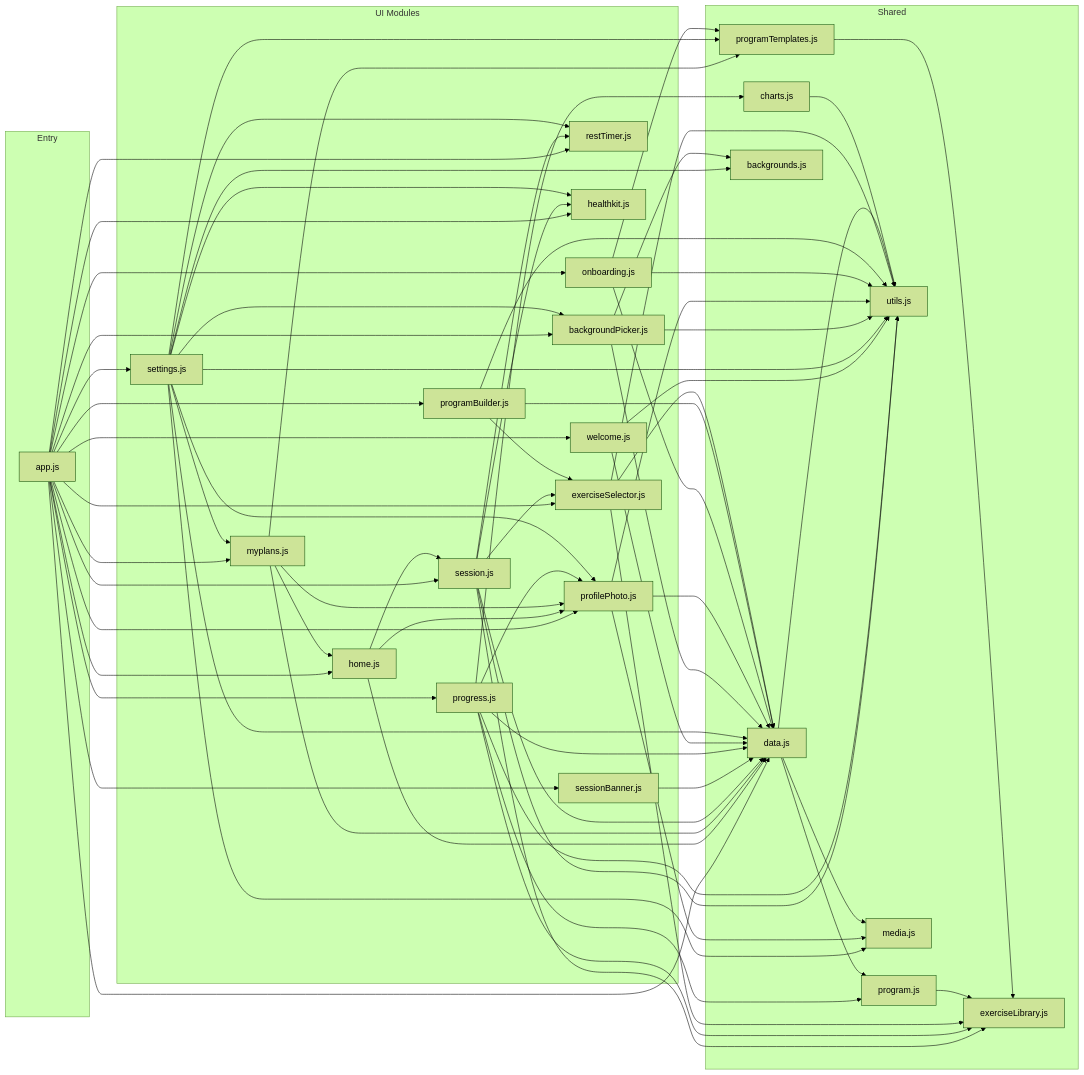
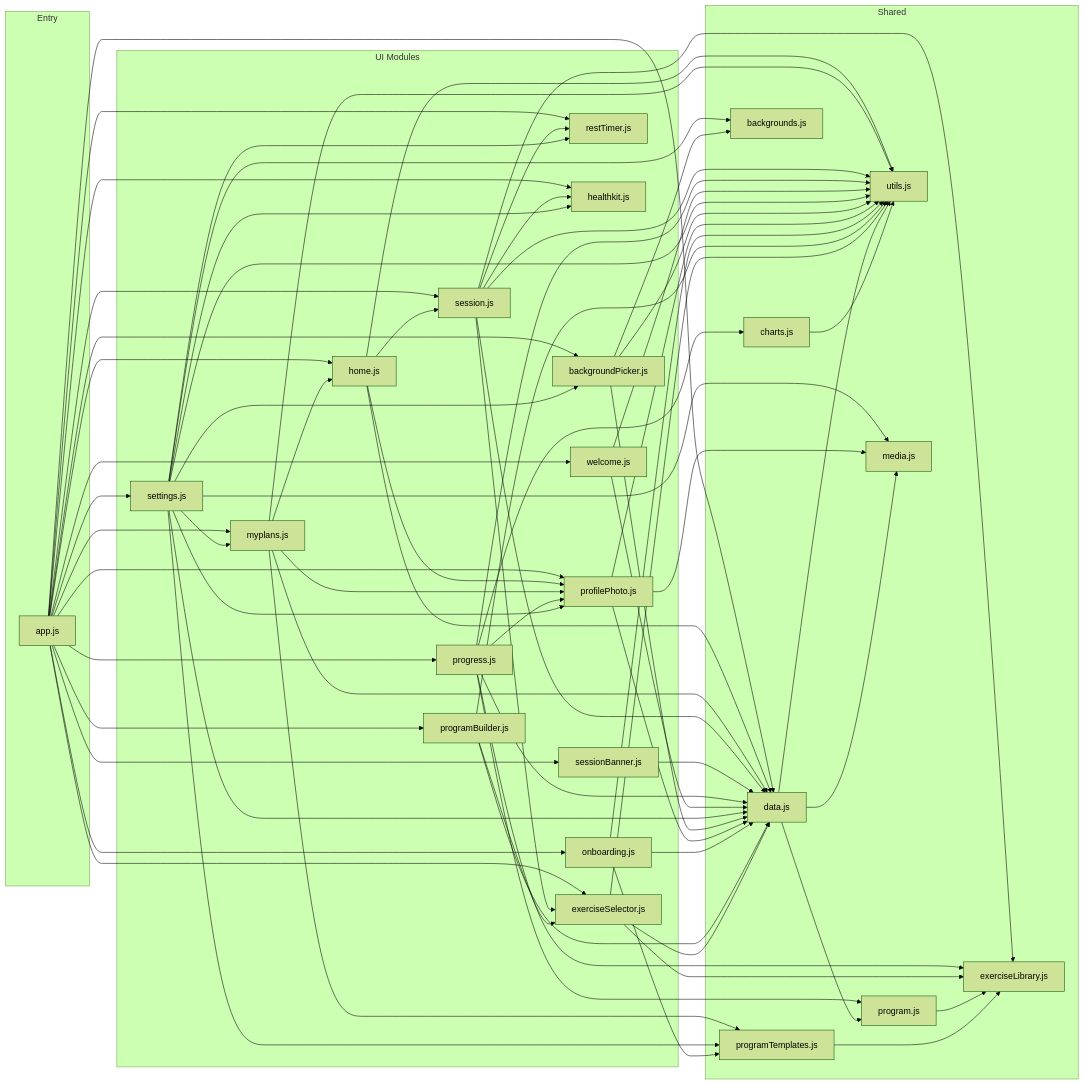
Before and after one commit to reidrussell-alt/plate-log: the second of 8 diagrams in ARCHITECTURE.md, drawn with Mermaid (forest theme). The commit also changed other lines of this file and 4 other files, not shown here.

```diff
--- a/ARCHITECTURE.md
+++ b/ARCHITECTURE.md
@@ -141,10 +141,12 @@
 
     home.js --> data.js
     home.js --> session.js
+    home.js --> utils.js
 
     myplans.js --> data.js
     myplans.js --> home.js
     myplans.js --> programTemplates.js
+    myplans.js --> utils.js
 
     session.js --> data.js
     session.js --> exerciseLibrary.js
```
